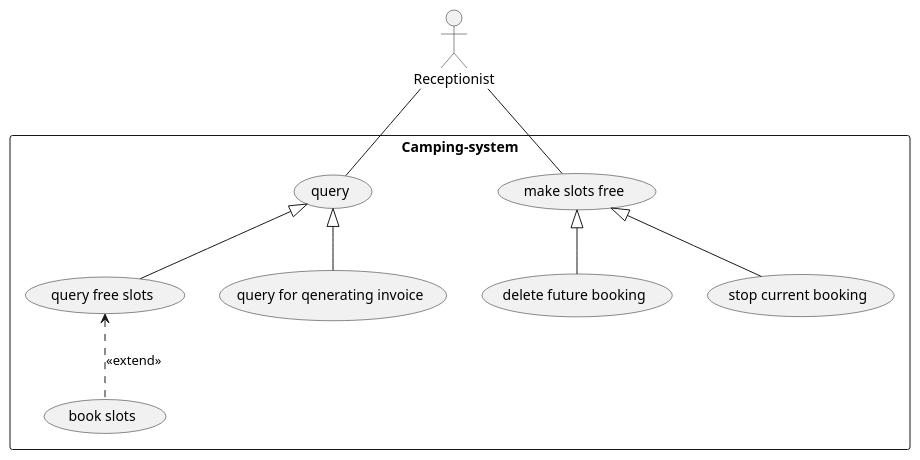
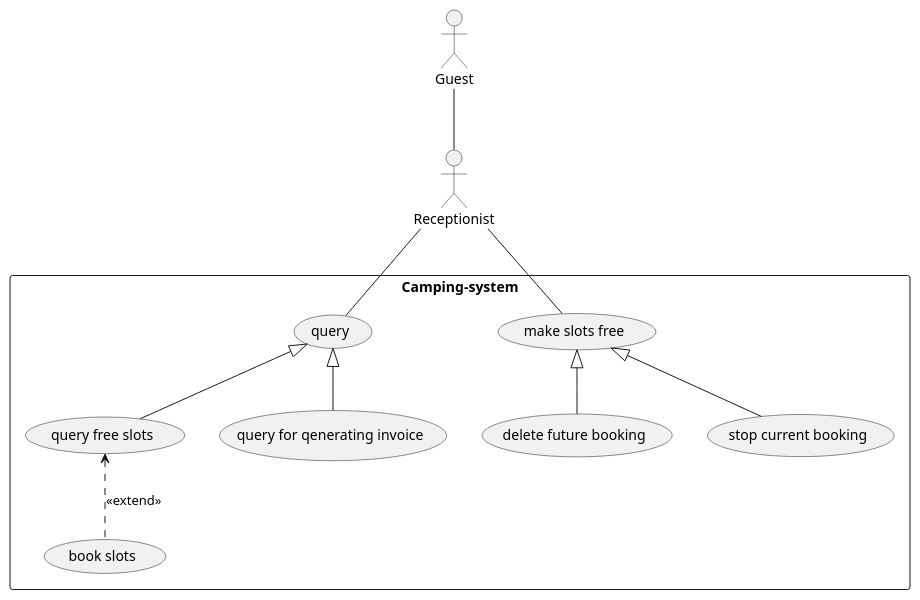
One commit to ZsoltToth/project-templates-spring-react changed the diagram in Docs/usecase.plantuml. Above: the diagram before and after it, drawn with PlantUML.

Commit message:
usecase update
#53

```diff
--- a/Docs/usecase.plantuml
+++ b/Docs/usecase.plantuml
@@ -1,18 +1,20 @@
 @startuml
 actor Receptionist
+actor Guest
 
 rectangle Camping-system {
+Guest -- Receptionist
 
 Receptionist -- (query)
 (query) <|-- (query free slots) 
 (query) <|-- (query for qenerating invoice)
 
 (query free slots) <.. (book slots) : <<extend>>
 
 
 Receptionist -- (make slots free)
 (make slots free) <|-- (delete future booking)
 (make slots free) <|-- (stop current booking)
 
 }
 @enduml
```
